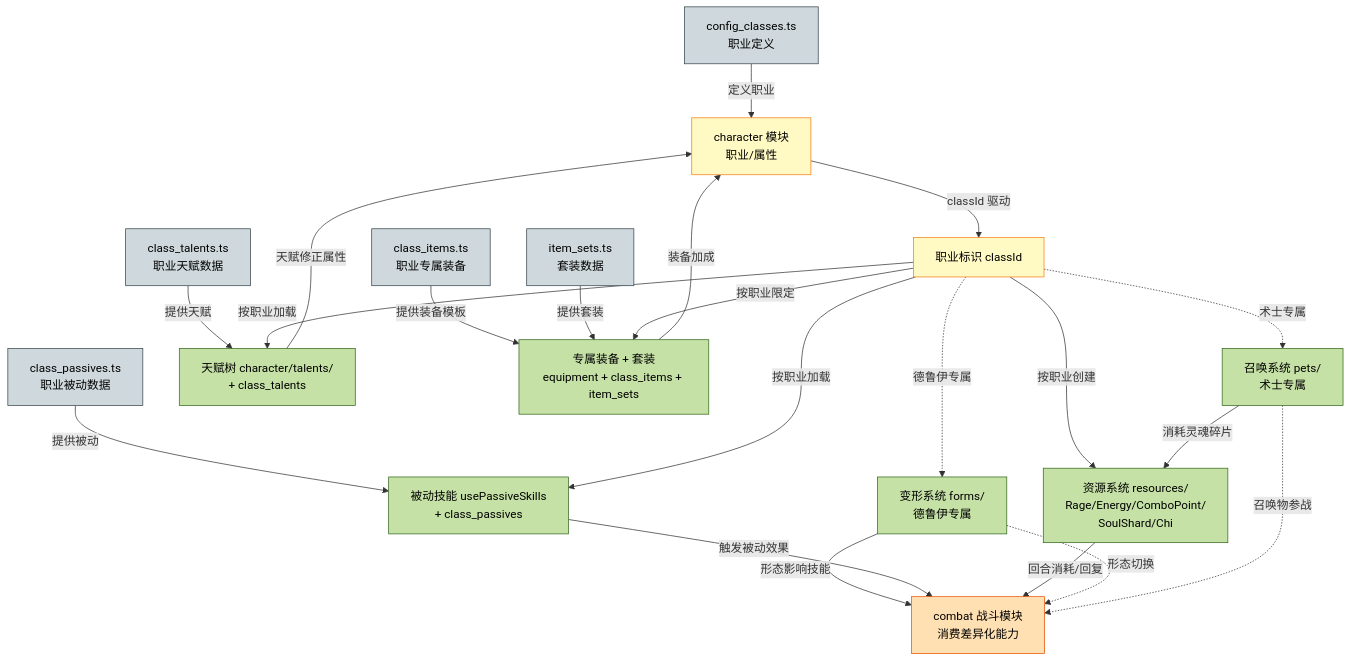
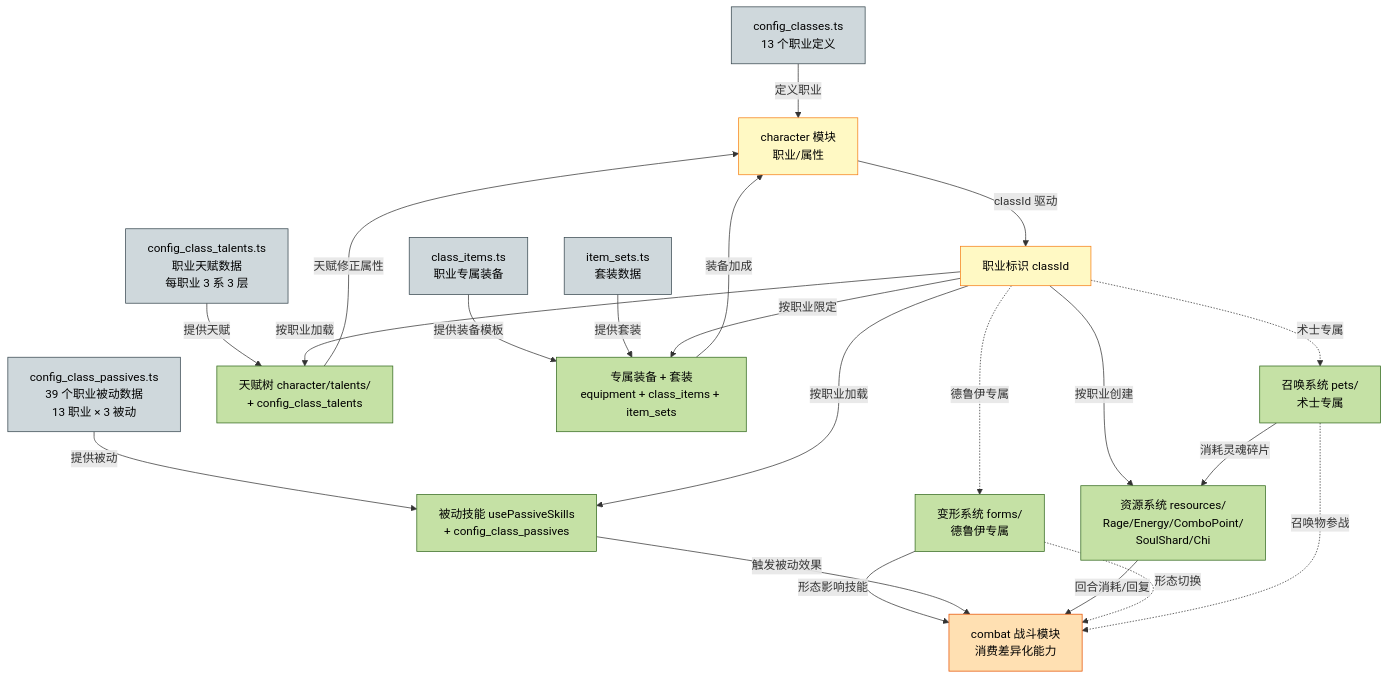
Before and after one commit to SonDemigods/wow_dnd: diagram 11 of 11 in doc/project/ARCHITECTURE_DIAGRAMS.md, drawn with Mermaid. The commit also changed other lines of this file and 4 other files, not shown here.

````diff
--- a/doc/project/ARCHITECTURE_DIAGRAMS.md
+++ b/doc/project/ARCHITECTURE_DIAGRAMS.md
@@ -912,63 +1018,63 @@
 ```mermaid
 graph TD
     %% ===== 数据源 =====
-    configClasses[config_classes.ts<br/>职业定义]
-    classPassives[class_passives.ts<br/>职业被动数据]
+    configClasses[config_classes.ts<br/>13 个职业定义]
+    classPassives[config_class_passives.ts<br/>39 个职业被动数据<br/>13 职业 × 3 被动]
     classItems[class_items.ts<br/>职业专属装备]
-    classTalents[class_talents.ts<br/>职业天赋数据]
+    classTalents[config_class_talents.ts<br/>职业天赋数据<br/>每职业 3 系 3 层]
     itemSets[item_sets.ts<br/>套装数据]
 
     %% ===== 职业核心 =====
     character[character 模块<br/>职业/属性]
     classId[职业标识 classId]
 
     %% ===== 六大差异化子系统 =====
     resources[资源系统 resources/<br/>Rage/Energy/ComboPoint/<br/>SoulShard/Chi]
-    passive[被动技能 usePassiveSkills<br/>+ class_passives]
-    talents[天赋树 character/talents/<br/>+ class_talents]
+    passive[被动技能 usePassiveSkills<br/>+ config_class_passives]
+    talents[天赋树 character/talents/<br/>+ config_class_talents]
     equip[专属装备 + 套装<br/>equipment + class_items + item_sets]
     forms[变形系统 forms/<br/>德鲁伊专属]
     pets[召唤系统 pets/<br/>术士专属]
 
     %% ===== 消费方 =====
     combat[combat 战斗模块<br/>消费差异化能力]
 
     %% ===== 数据加载 =====
     configClasses -->|定义职业| character
     classPassives -->|提供被动| passive
     classItems -->|提供装备模板| equip
     classTalents -->|提供天赋| talents
     itemSets -->|提供套装| equip
 
     %% ===== 职业驱动差异化 =====
     character -->|classId 驱动| classId
     classId -->|按职业创建| resources
     classId -->|按职业加载| passive
     classId -->|按职业加载| talents
     classId -->|按职业限定| equip
     classId -.->|德鲁伊专属| forms
     classId -.->|术士专属| pets
 
     %% ===== 子系统间联动 =====
     pets -->|消耗灵魂碎片| resources
     forms -->|形态影响技能| combat
     talents -->|天赋修正属性| character
     equip -->|装备加成| character
     passive -->|触发被动效果| combat
 
     %% ===== 战斗模块消费 =====
     resources -->|回合消耗/回复| combat
     forms -.->|形态切换| combat
     pets -.->|召唤物参战| combat
 
     %% ===== 样式 =====
     classDef data fill:#cfd8dc,stroke:#37474f,color:#000
     classDef core fill:#fff9c4,stroke:#f57f17,color:#000
     classDef sub fill:#c5e1a5,stroke:#33691e,color:#000
     classDef consumer fill:#ffe0b2,stroke:#e65100,color:#000
 
     class configClasses,classPassives,classItems,classTalents,itemSets data
     class character,classId core
     class resources,passive,talents,equip,forms,pets sub
     class combat consumer
 ```
````
